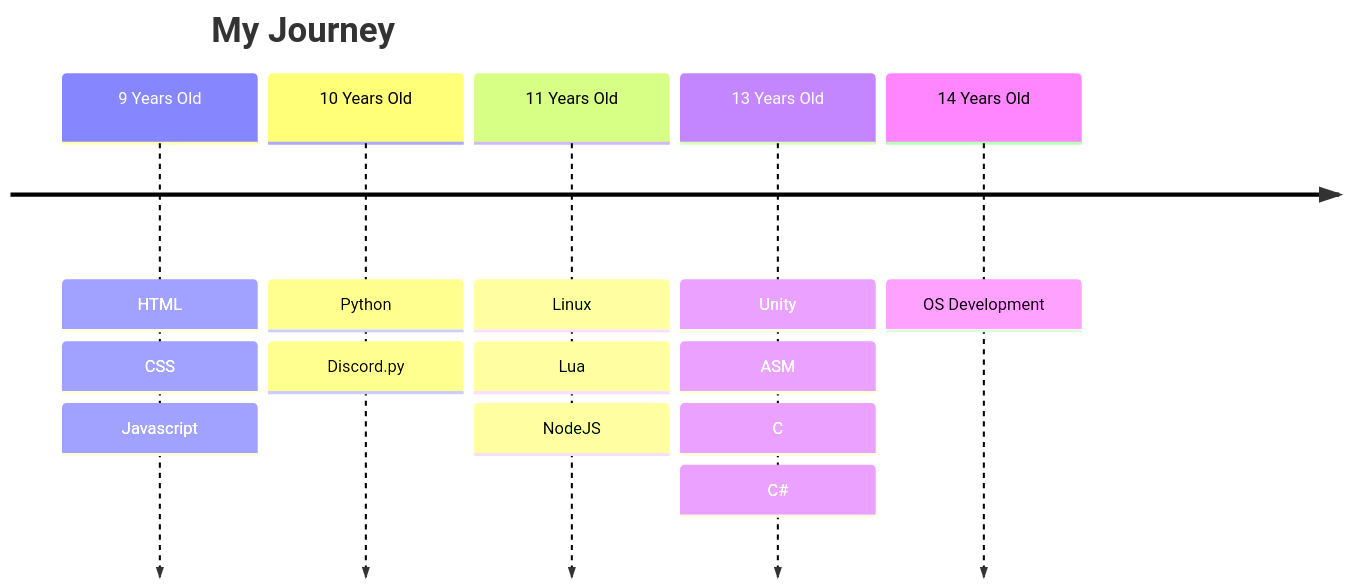
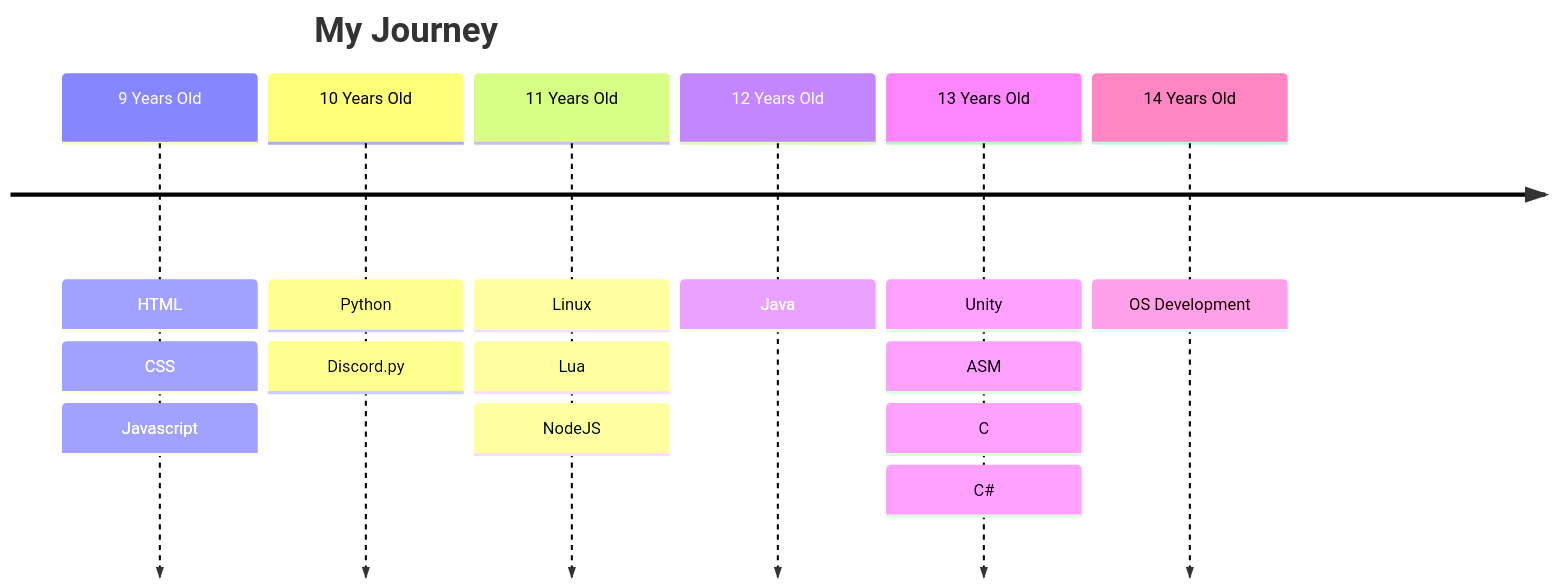
One commit to LolgamerHDDE/LolgamerHDDE changed the diagram in README.md. Above: the diagram before and after it, drawn with Mermaid.

````diff
--- a/README.md
+++ b/README.md
@@ -52,22 +52,24 @@
 ```mermaid
 timeline
 title My Journey
 9 Years Old
   : HTML
   : CSS
   : Javascript
 10 Years Old
   : Python
   : Discord.py
 11 Years Old
   : Linux
   : Lua
   : NodeJS
+12 Years Old
+  : Java
 13 Years Old
   : Unity
   : ASM
   : C
   : C#
 14 Years Old
   : OS Development
 ```   
````
